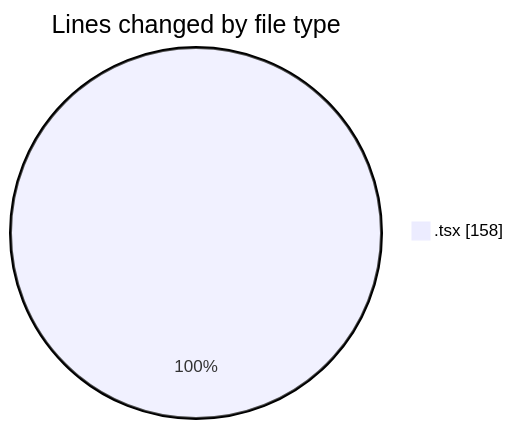
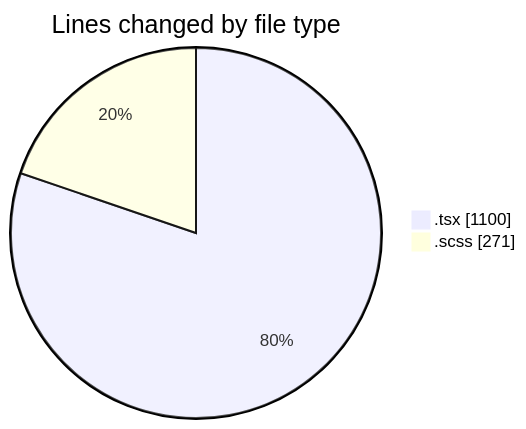
Before and after one commit to momahboobian/code-tracking: the first of 2 diagrams in 2025-11-18/cda/README.md, drawn with Mermaid. The commit also changed other lines of this file and 1 other file, not shown here.

````diff
--- a/2025-11-18/cda/README.md
+++ b/2025-11-18/cda/README.md
@@ -21,5 +24,6 @@
 ```mermaid
 pie showData
 title Lines changed by file type
-".tsx" : 158
+".tsx" : 1100
+".scss" : 271
 ```
````
